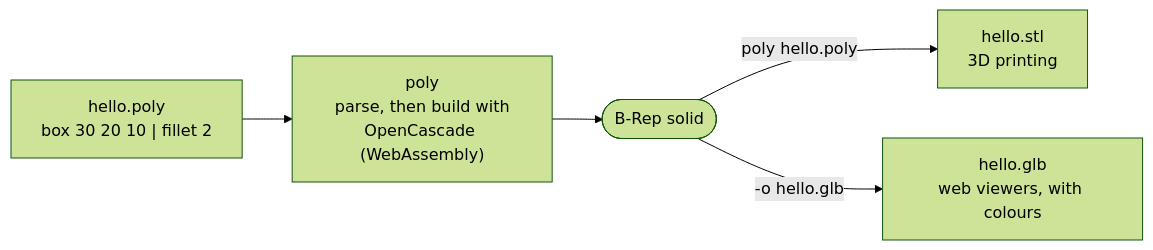
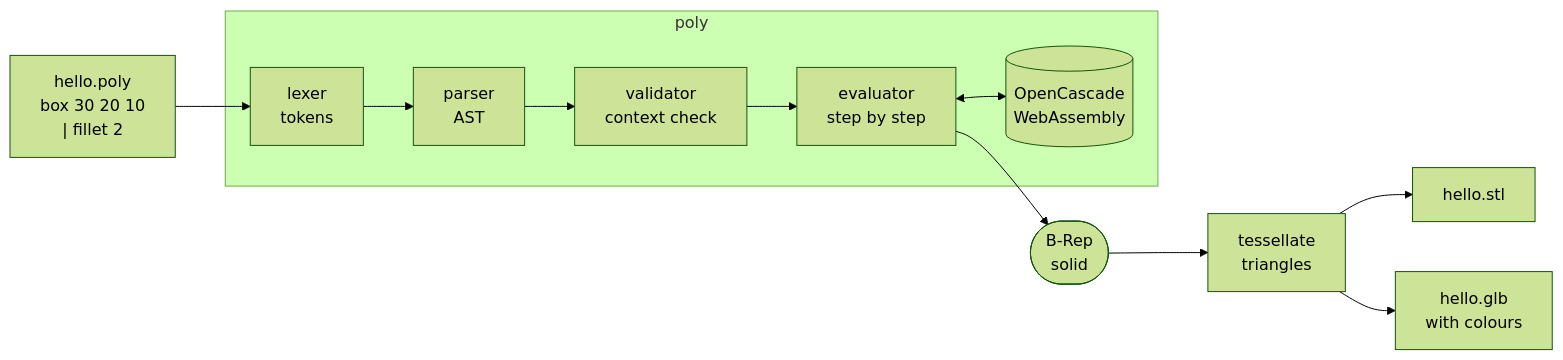
One commit to objhub/polyscript changed the diagram in README.md. Above: the diagram before and after it, drawn with Mermaid (forest theme).

Commit message:
README: split poly into lexer, parser, validator and evaluator in the diagram

````diff
--- a/README.md
+++ b/README.md
@@ -50,11 +50,21 @@
 ```mermaid
 flowchart LR
-  src["hello.poly<br/>box 30 20 10 #124; fillet 2"]
-  kernel["poly<br/>parse, then build with<br/>OpenCascade (WebAssembly)"]
-  solid(["B-Rep solid"])
-  stl["hello.stl<br/>3D printing"]
-  glb["hello.glb<br/>web viewers, with colours"]
-  src --> kernel --> solid
-  solid -- "poly hello.poly" --> stl
-  solid -- "-o hello.glb" --> glb
+  src["hello.poly<br/>box 30 20 10<br/>#124; fillet 2"]
+  subgraph poly
+    lex["lexer<br/>tokens"]
+    parse["parser<br/>AST"]
+    val["validator<br/>context check"]
+    ev["evaluator<br/>step by step"]
+    occt[("OpenCascade<br/>WebAssembly")]
+    lex --> parse --> val --> ev
+    ev <--> occt
+  end
+  solid(["B-Rep<br/>solid"])
+  mesh["tessellate<br/>triangles"]
+  stl["hello.stl"]
+  glb["hello.glb<br/>with colours"]
+  src --> lex
+  ev --> solid --> mesh
+  mesh --> stl
+  mesh --> glb
 ```
````
